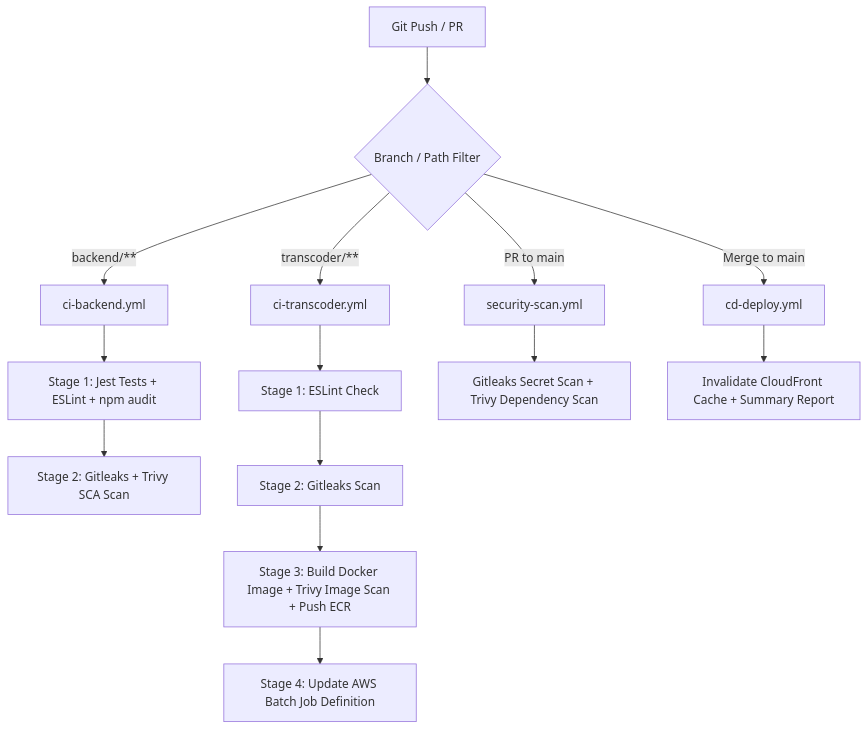
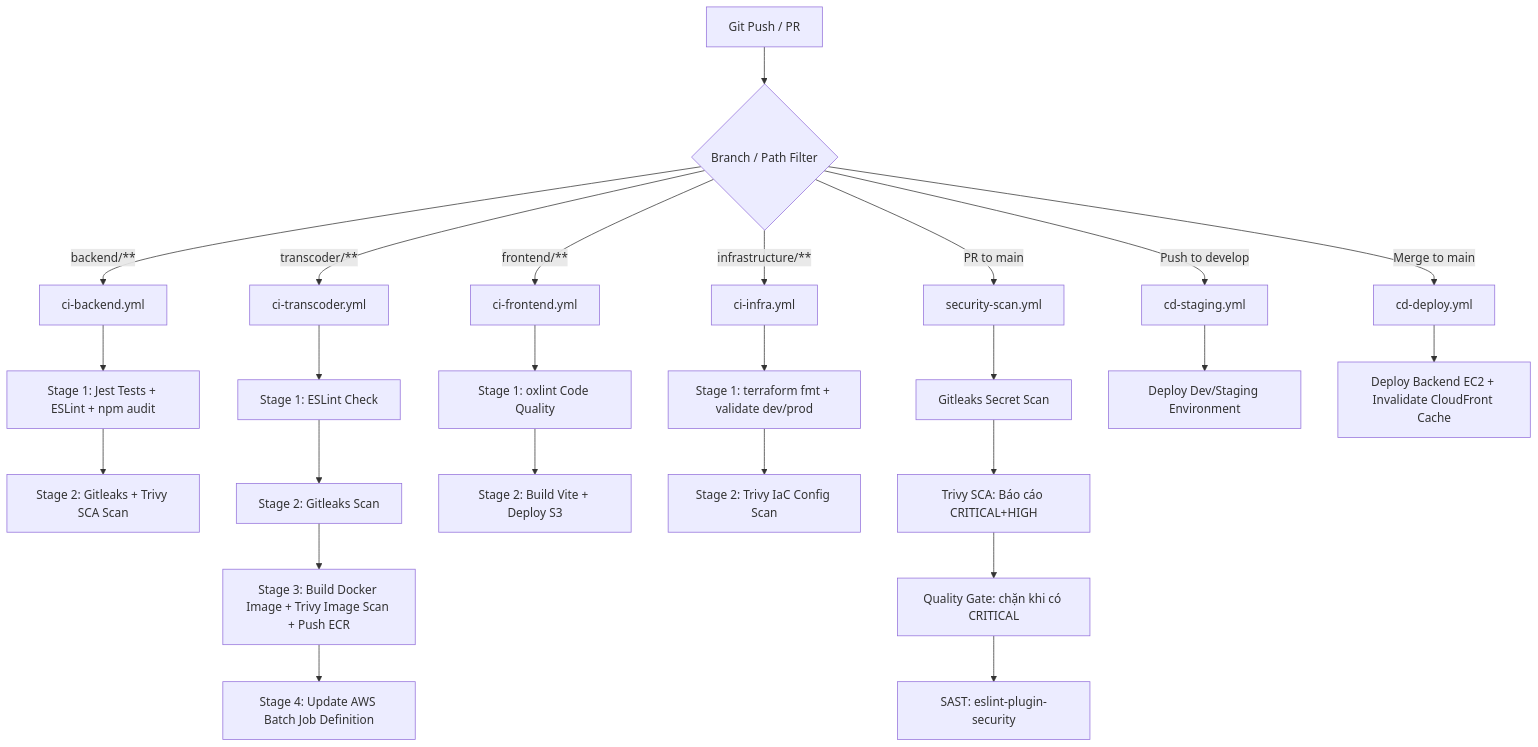
One commit to DinhQuocCuong28664/DACNTT_VideoStreaming changed the second of 2 diagrams in README.md. Above: the diagram before and after it, drawn with Mermaid. The commit also changed other lines of this file and 106 other files, not shown here.

````diff
--- a/README.md
+++ b/README.md
@@ -153,19 +156,33 @@
 ```mermaid
 graph TD
     A[Git Push / PR] --> B{Branch / Path Filter}
     B -->|backend/**| C[ci-backend.yml]
     B -->|transcoder/**| D[ci-transcoder.yml]
+    B -->|frontend/**| G[ci-frontend.yml]
+    B -->|infrastructure/**| I[ci-infra.yml]
     B -->|PR to main| E[security-scan.yml]
+    B -->|Push to develop| H[cd-staging.yml]
     B -->|Merge to main| F[cd-deploy.yml]
 
     C --> C1[Stage 1: Jest Tests + ESLint + npm audit]
     C1 --> C2[Stage 2: Gitleaks + Trivy SCA Scan]
 
     D --> D1[Stage 1: ESLint Check]
     D1 --> D2[Stage 2: Gitleaks Scan]
     D2 --> D3[Stage 3: Build Docker Image + Trivy Image Scan + Push ECR]
     D3 --> D4[Stage 4: Update AWS Batch Job Definition]
 
-    E --> E1[Gitleaks Secret Scan + Trivy Dependency Scan]
-    F --> F1[Invalidate CloudFront Cache + Summary Report]
+    G --> G1[Stage 1: oxlint Code Quality]
+    G1 --> G2[Stage 2: Build Vite + Deploy S3]
+
+    I --> I1[Stage 1: terraform fmt + validate dev/prod]
+    I1 --> I2[Stage 2: Trivy IaC Config Scan]
+
+    E --> E1[Gitleaks Secret Scan]
+    E1 --> E2[Trivy SCA: Báo cáo CRITICAL+HIGH]
+    E2 --> E3[Quality Gate: chặn khi có CRITICAL]
+    E3 --> E4[SAST: eslint-plugin-security]
+
+    H --> H1[Deploy Dev/Staging Environment]
+    F --> F1[Deploy Backend EC2 + Invalidate CloudFront Cache]
 ```
````
